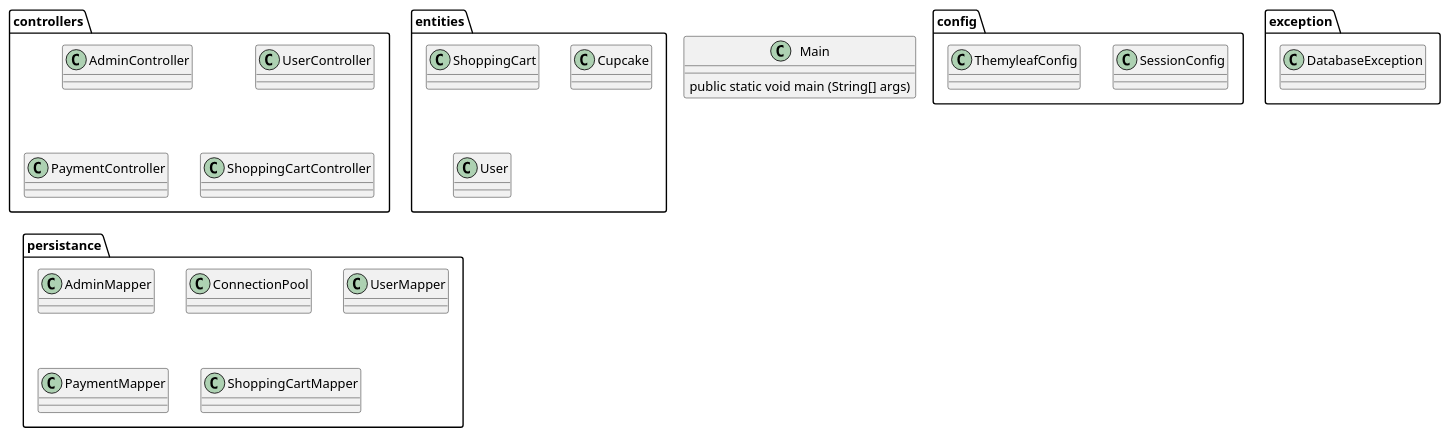
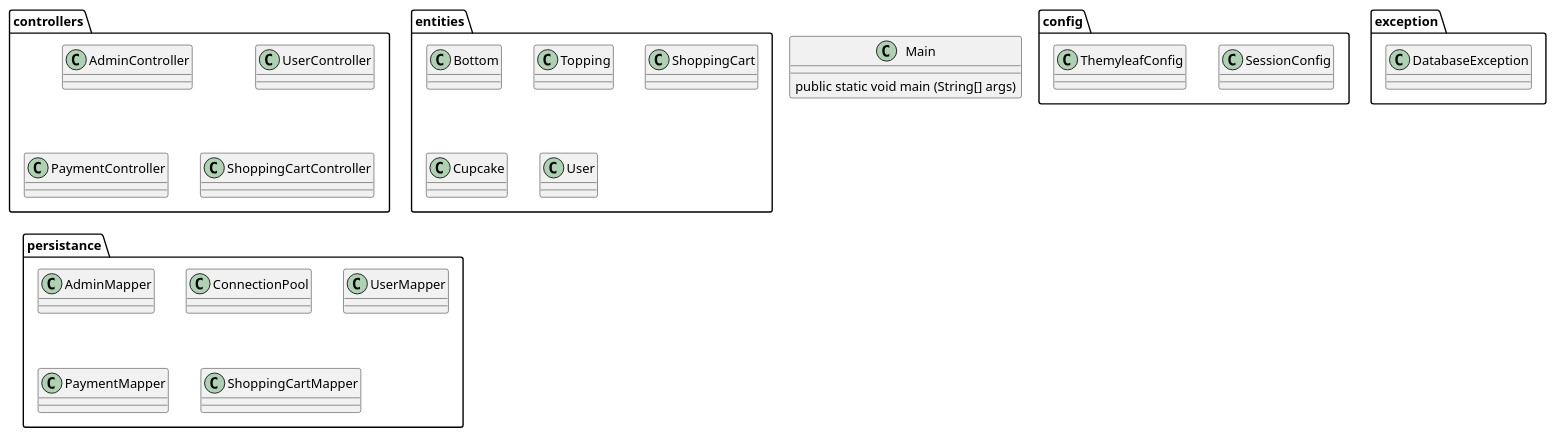
One commit to GladVillainy/CupCakeSemester2SP2 changed the diagram in src/main/diagrams/ClassDiagram.puml. Above: the diagram before and after it, drawn with PlantUML. The commit also changed 1 other file, not shown here.

Commit message:
Add Bottom/Topping classes; comment placeholders
Add empty Bottom and Topping classes to the UML class diagram under the entities package. In custom.html, wrap the temporary bottoms/toppings placeholder markup in a single HTML comment block to hide the placeholder UI elements.

```diff
--- a/src/main/diagrams/ClassDiagram.puml
+++ b/src/main/diagrams/ClassDiagram.puml
@@ -1,68 +1,74 @@
 @startuml
 'https://plantuml.com/class-diagram
 
 class Main {
 public static void main (String[] args)
 }
 package config {
 class SessionConfig{
 
 }
 class ThemyleafConfig{
 
 }
 
 }
 package controllers {
 class AdminController{
 
 }
 class UserController{
 
 }
 class PaymentController{
 
 }
 class ShoppingCartController{
 
 }
 
 }
 
 package entities {
+class Bottom{
+
+}
+class Topping{
+
+}
 class ShoppingCart{
 
 }
 class Cupcake{
 
 }
 class User{
 
 }
 
 }
 package persistance {
 class AdminMapper{
 }
 class ConnectionPool{
 
 }
 class UserMapper{
 
 }
 class PaymentMapper{
 }
 class ShoppingCartMapper{
 }
 }
 package exception {
 class DatabaseException{
 
 }
 
 }
 
 
 
 
 @enduml
```
